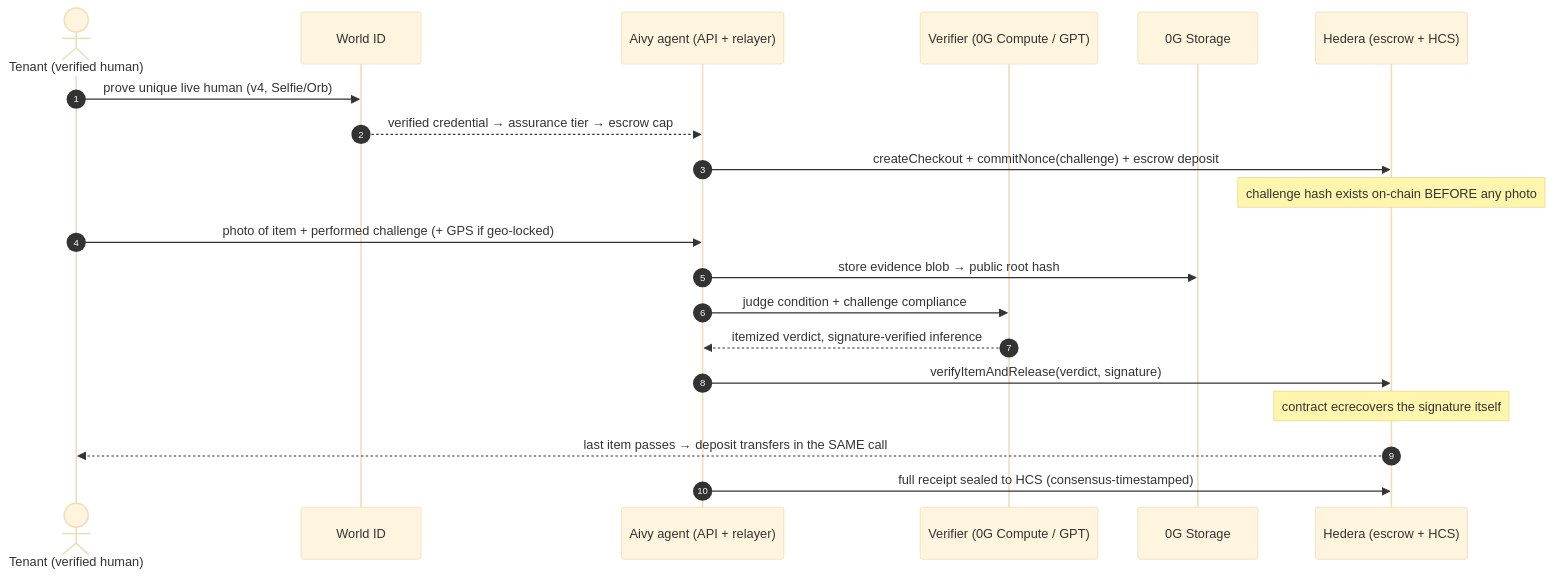
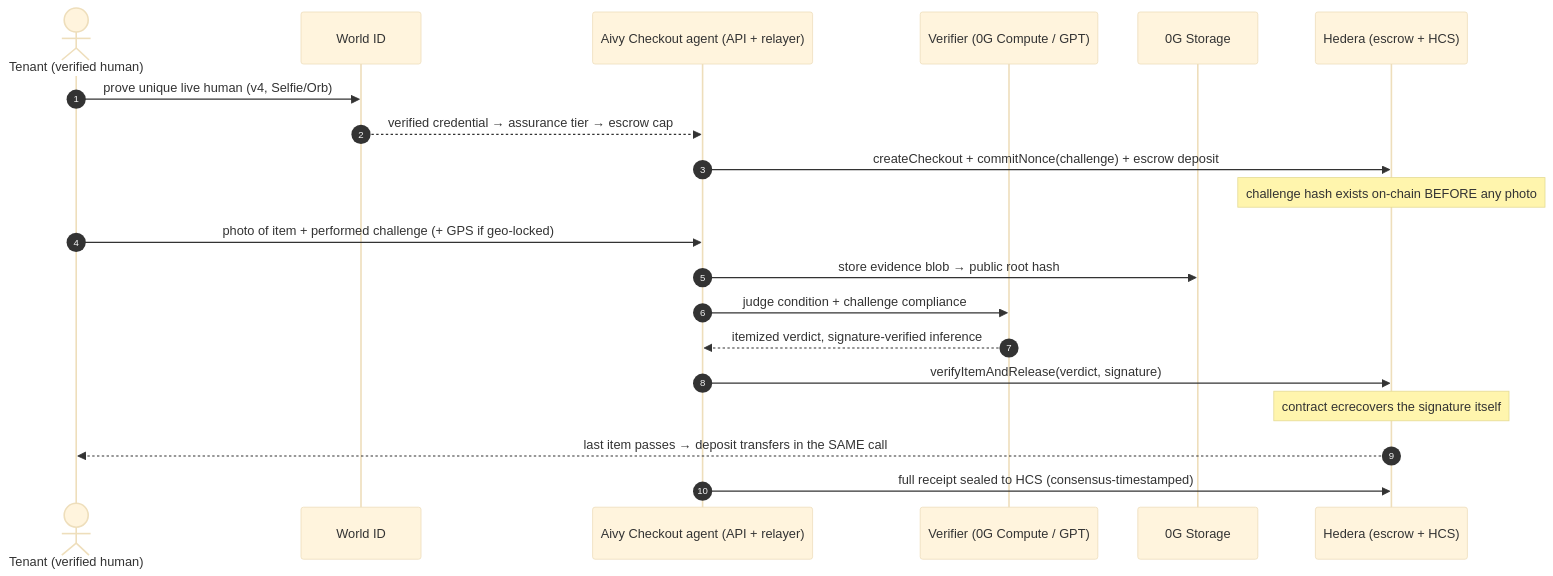
Before and after one commit to jmgomezl/aivy-checkout: the first of 3 diagrams in README.md, drawn with Mermaid (base theme). The commit also changed other lines of this file and 1 other file, not shown here.

First line of the commit message:
Naming: bare 'Aivy' -> 'Aivy Checkout' in all product references

````diff
--- a/README.md
+++ b/README.md
@@ -46,23 +46,23 @@
 ```mermaid
 sequenceDiagram
     autonumber
     actor T as Tenant (verified human)
     participant W as World ID
-    participant A as Aivy agent (API + relayer)
+    participant A as Aivy Checkout agent (API + relayer)
     participant AI as Verifier (0G Compute / GPT)
     participant S as 0G Storage
     participant H as Hedera (escrow + HCS)
 
     T->>W: prove unique live human (v4, Selfie/Orb)
     W-->>A: verified credential → assurance tier → escrow cap
     A->>H: createCheckout + commitNonce(challenge) + escrow deposit
     Note over H: challenge hash exists on-chain BEFORE any photo
     T->>A: photo of item + performed challenge (+ GPS if geo-locked)
     A->>S: store evidence blob → public root hash
     A->>AI: judge condition + challenge compliance
     AI-->>A: itemized verdict, signature-verified inference
     A->>H: verifyItemAndRelease(verdict, signature)
     Note over H: contract ecrecovers the signature itself
     H-->>T: last item passes → deposit transfers in the SAME call
     A->>H: full receipt sealed to HCS (consensus-timestamped)
 ```
````
